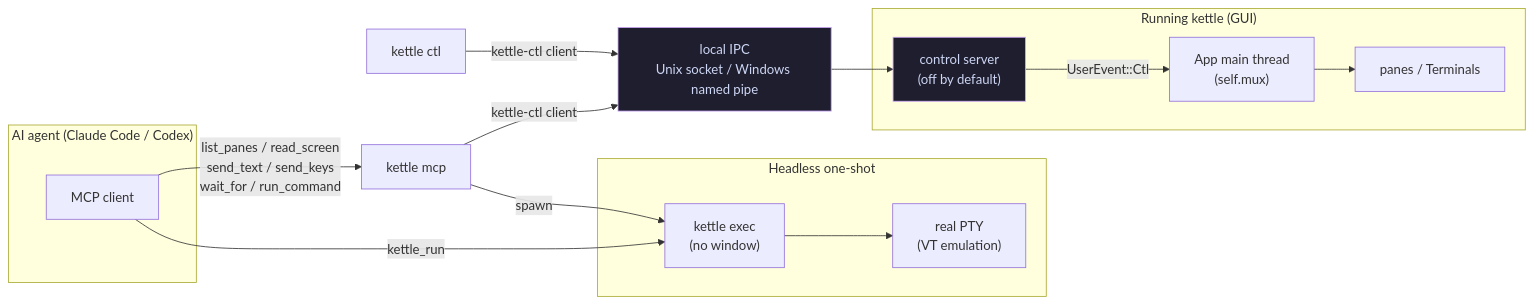
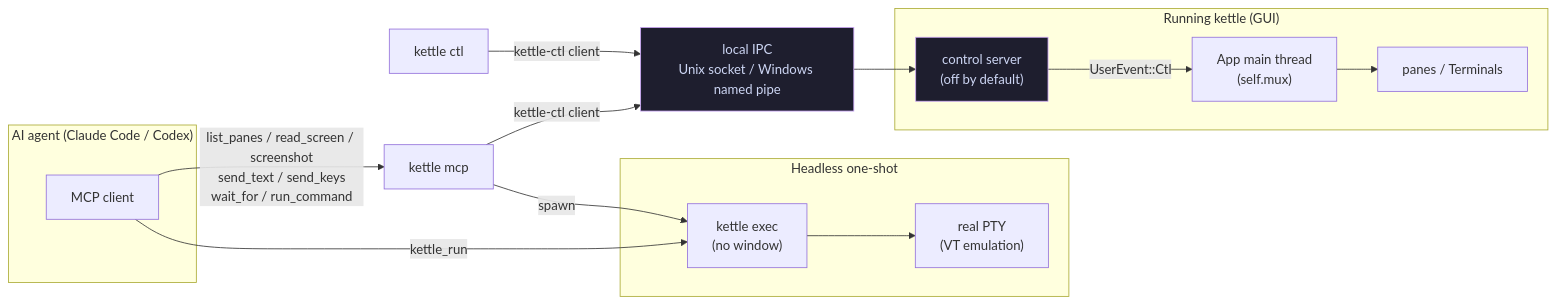
Before and after one commit to Reddimus/kettle: the diagram in docs/AGENT.md, drawn with Mermaid. The commit also changed other lines of this file and 7 other files, not shown here.

````diff
--- a/docs/AGENT.md
+++ b/docs/AGENT.md
@@ -26,26 +26,26 @@
 ```mermaid
 flowchart LR
     subgraph agent["AI agent (Claude Code / Codex)"]
         cc["MCP client"]
     end
     subgraph oneshot["Headless one-shot"]
         exec["kettle exec<br/>(no window)"]
         pty1["real PTY<br/>(VT emulation)"]
         exec --> pty1
     end
     subgraph gui["Running kettle (GUI)"]
         srv["control server<br/>(off by default)"]
         app["App main thread<br/>(self.mux)"]
         panes["panes / Terminals"]
         srv -->|UserEvent::Ctl| app
         app --> panes
     end
     cc -->|kettle_run| exec
-    cc -->|"list_panes / read_screen<br/>send_text / send_keys<br/>wait_for / run_command"| mcp["kettle mcp"]
+    cc -->|"list_panes / read_screen / screenshot<br/>send_text / send_keys<br/>wait_for / run_command"| mcp["kettle mcp"]
     mcp -->|spawn| exec
     mcp -->|"kettle-ctl client"| ipc["local IPC<br/>Unix socket / Windows named pipe"]
     ctl["kettle ctl"] -->|kettle-ctl client| ipc
     ipc --> srv
     classDef off fill:#1e1e2e,stroke:#cba6f7,color:#cdd6f4;
     class srv,ipc off;
 ```
````
